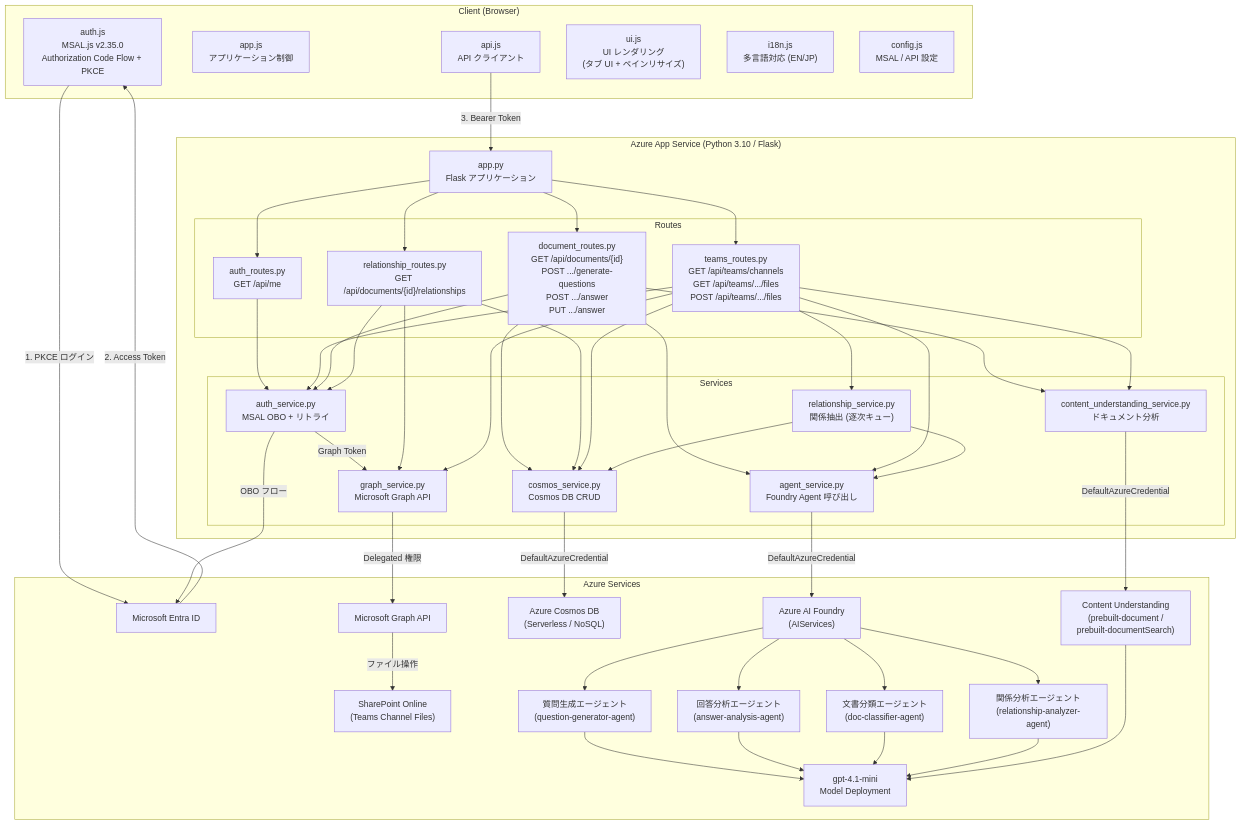
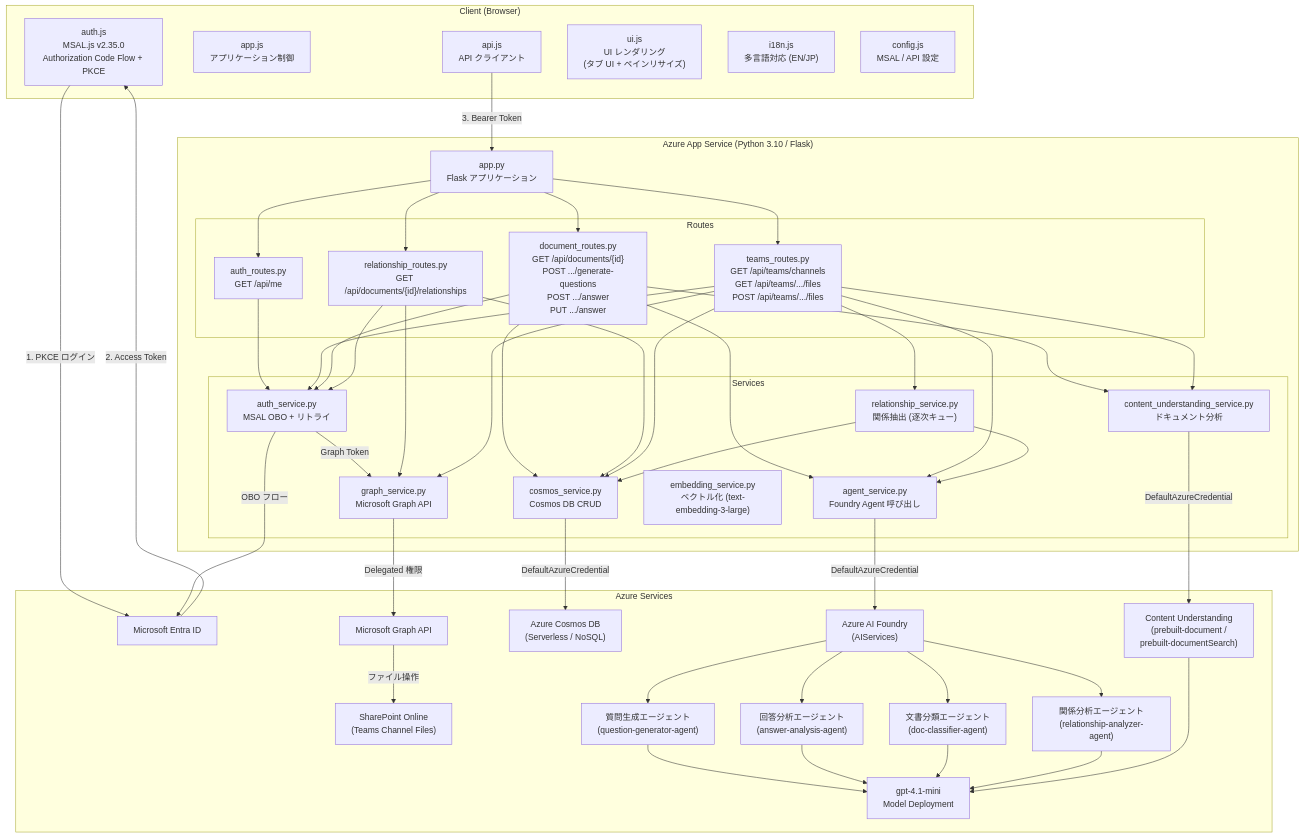
Before and after one commit to hatasaki/Manufacturing-Intelligent-Document-Management: the first of 20 diagrams in docs/ARCHITECTURE.md, drawn with Mermaid. The commit also changed other lines of this file and 4 other files, not shown here.

```diff
--- a/docs/ARCHITECTURE.md
+++ b/docs/ARCHITECTURE.md
@@ -32,6 +32,7 @@
             CU_SVC["content_understanding_service.py<br/>ドキュメント分析"]
             AGENT_SVC["agent_service.py<br/>Foundry Agent 呼び出し"]
             REL_SVC["relationship_service.py<br/>関係抽出 (逐次キュー)"]
+            EMB_SVC["embedding_service.py<br/>ベクトル化 (text-embedding-3-large)"]
         end
     end
 
```
